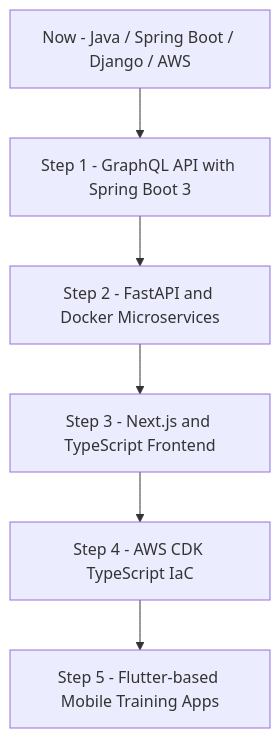
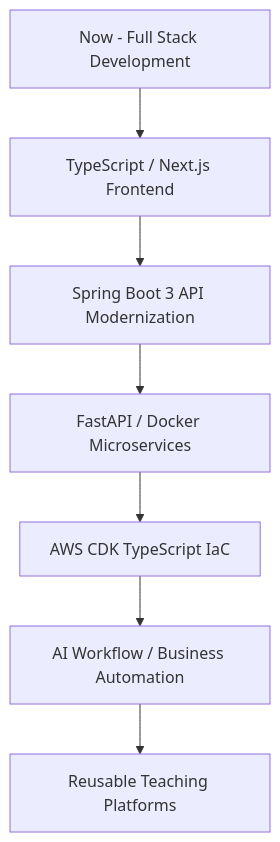
The third of 3 diagrams in README.md (yoshiayu/yoshiayu), drawn with Mermaid before and after one commit. The commit also changed other lines of this file, not shown here.

````diff
--- a/README.md
+++ b/README.md
@@ -225,8 +220,9 @@
 ```mermaid
 flowchart TD
-  Now[Now - Java / Spring Boot / Django / AWS] --> S1[Step 1 - GraphQL API with Spring Boot 3]
-  S1 --> S2[Step 2 - FastAPI and Docker Microservices]
-  S2 --> S3[Step 3 - Next.js and TypeScript Frontend]
-  S3 --> S4[Step 4 - AWS CDK TypeScript IaC]
-  S4 --> S5[Step 5 - Flutter-based Mobile Training Apps]
+  Now[Now - Full Stack Development] --> S1[TypeScript / Next.js Frontend]
+  S1 --> S2[Spring Boot 3 API Modernization]
+  S2 --> S3[FastAPI / Docker Microservices]
+  S3 --> S4[AWS CDK TypeScript IaC]
+  S4 --> S5[AI Workflow / Business Automation]
+  S5 --> S6[Reusable Teaching Platforms]
 ```
````
